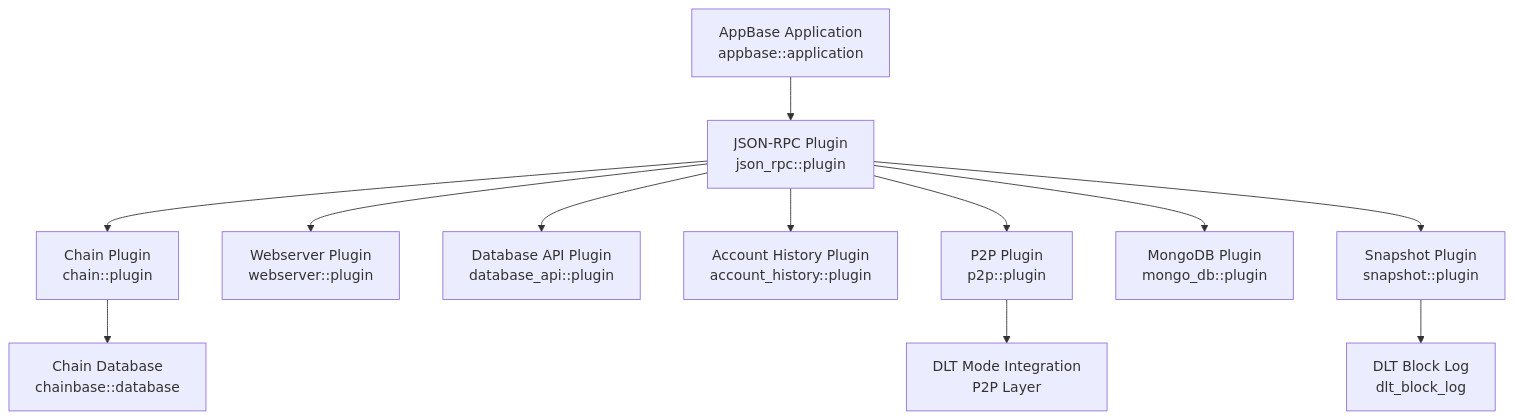
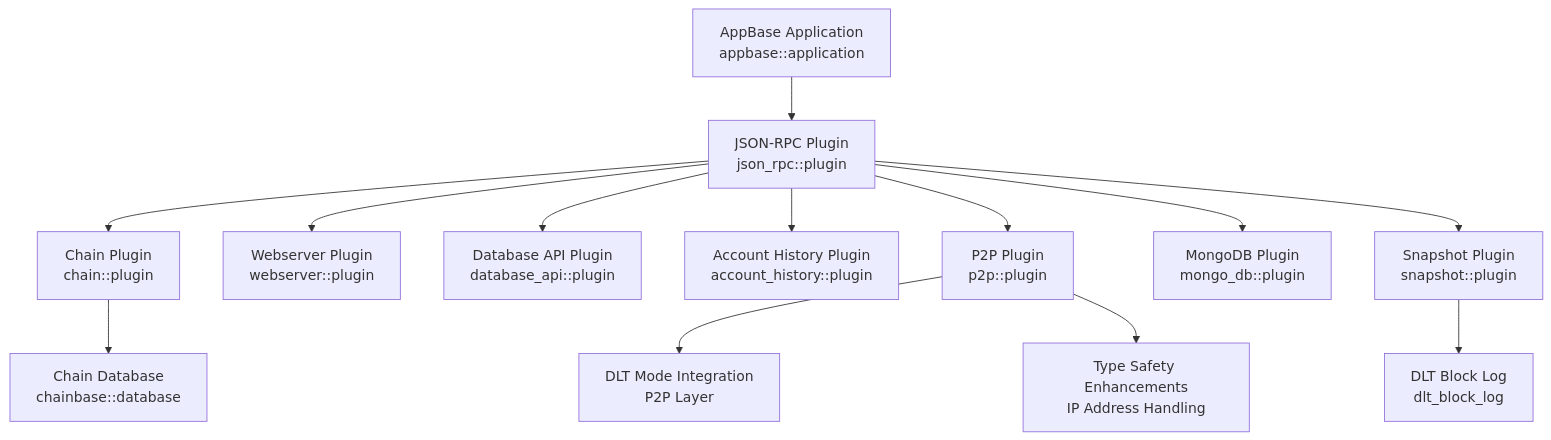
Before and after one commit to VIZ-Blockchain/viz-cpp-node: the first of 19 diagrams in .qoder/repowiki/en/content/Plugin System/Plugin System.md, drawn with Mermaid. The commit also changed other lines of this file and 6 other files, not shown here.

````diff
--- a/.qoder/repowiki/en/content/Plugin System/Plugin System.md
+++ b/.qoder/repowiki/en/content/Plugin System/Plugin System.md
@@ -60,14 +64,15 @@
 ```mermaid
 graph TB
 A["AppBase Application<br/>appbase::application"] --> B["JSON-RPC Plugin<br/>json_rpc::plugin"]
 B --> C["Chain Plugin<br/>chain::plugin"]
 B --> D["Webserver Plugin<br/>webserver::plugin"]
 B --> E["Database API Plugin<br/>database_api::plugin"]
 B --> F["Account History Plugin<br/>account_history::plugin"]
 B --> G["P2P Plugin<br/>p2p::plugin"]
 B --> H["MongoDB Plugin<br/>mongo_db::plugin"]
 B --> I["Snapshot Plugin<br/>snapshot::plugin"]
 C --> J["Chain Database<br/>chainbase::database"]
 I --> K["DLT Block Log<br/>dlt_block_log"]
 G --> L["DLT Mode Integration<br/>P2P Layer"]
+G --> M["Type Safety Enhancements<br/>IP Address Handling"]
 ```
````
